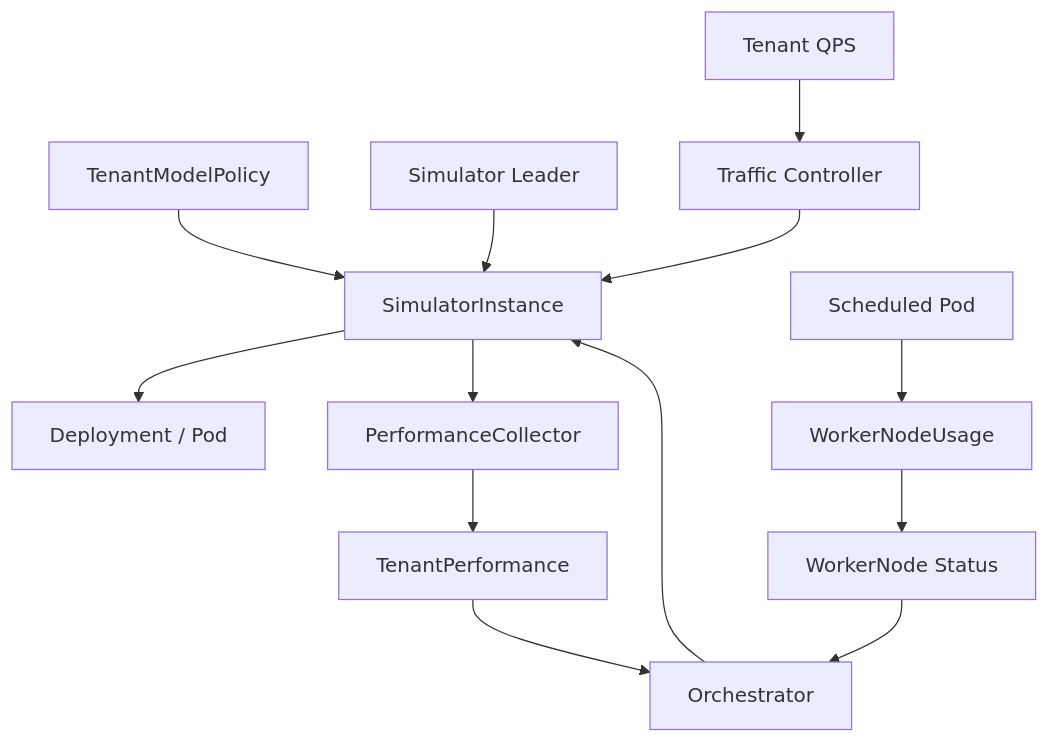
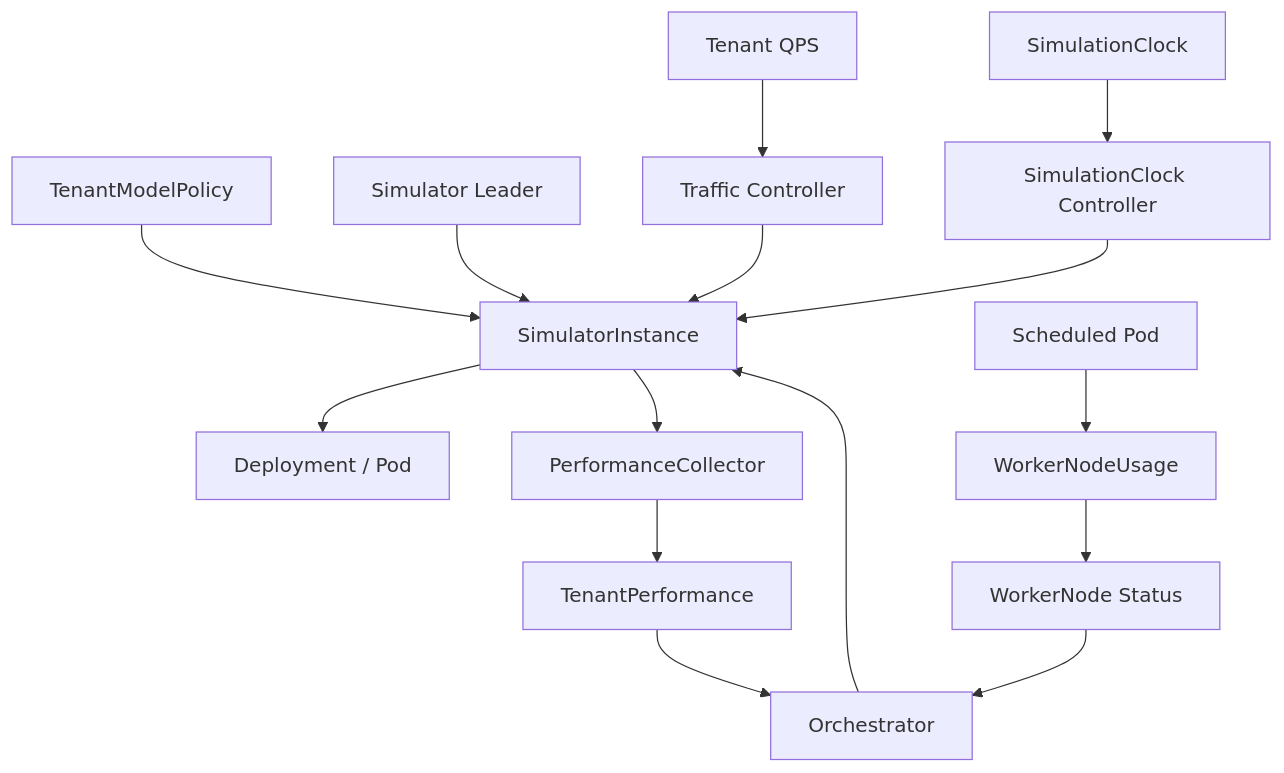
One commit to 3900563672/hello-k8s-ai changed the second of 4 diagrams in docs/overview/ARCHITECTURE_OVERVIEW.md. Above: the diagram before and after it, drawn with Mermaid. The commit also changed other lines of this file and 86 other files, not shown here.

````diff
--- a/docs/overview/ARCHITECTURE_OVERVIEW.md
+++ b/docs/overview/ARCHITECTURE_OVERVIEW.md
@@ -58,11 +58,12 @@
 ```mermaid
 flowchart TB
   TMP["TenantModelPolicy"] --> SI["SimulatorInstance"]
   SI --> DEP["Deployment / Pod"]
   SIM["Simulator Leader"] --> SI
   TEN["Tenant QPS"] --> TRA["Traffic Controller"] --> SI
   SI --> PERF["PerformanceCollector"] --> TP["TenantPerformance"]
   TP --> ORC["Orchestrator"] --> SI
   POD["Scheduled Pod"] --> WU["WorkerNodeUsage"] --> WN["WorkerNode Status"]
   WN --> ORC
+  CLK["SimulationClock"] --> SC["SimulationClock Controller"] --> SI
 ```
````
